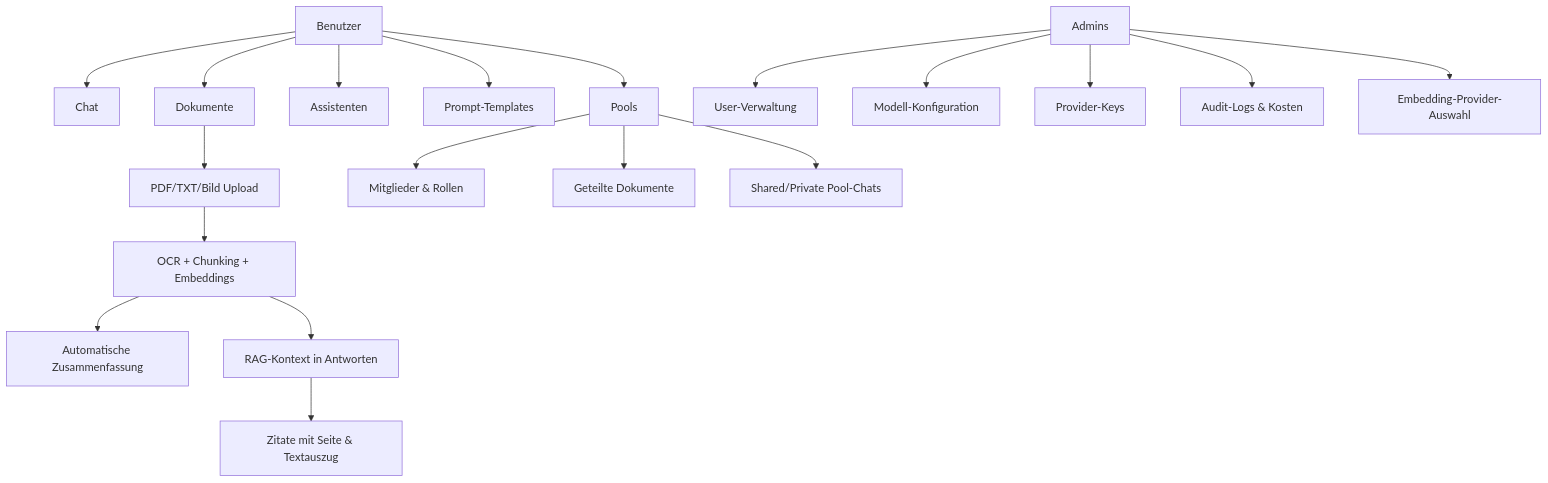
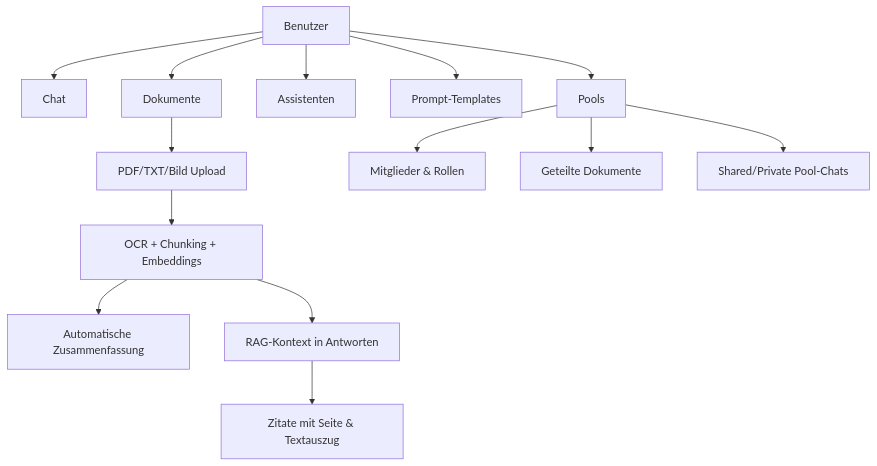
One commit to christian-rost/xqt5-ai-plattform changed the first of 4 diagrams in docs/ANWENDER-DOKUMENT.md. Above: the diagram before and after it, drawn with Mermaid. The commit also changed other lines of this file and 2 other files, not shown here.

First line of the commit message:
Separate user and admin docs; add ADMIN-DOKUMENT.md

````diff
--- a/docs/ANWENDER-DOKUMENT.md
+++ b/docs/ANWENDER-DOKUMENT.md
@@ -19,24 +18,18 @@
 ```mermaid
 graph TD
     A["Benutzer"] --> B["Chat"]
     A --> C["Dokumente"]
     A --> D["Assistenten"]
     A --> E["Prompt-Templates"]
     A --> F["Pools"]
 
     C --> C1["PDF/TXT/Bild Upload"]
     C1 --> C2["OCR + Chunking + Embeddings"]
     C2 --> C3["Automatische Zusammenfassung"]
     C2 --> C4["RAG-Kontext in Antworten"]
     C4 --> C5["Zitate mit Seite & Textauszug"]
 
     F --> F1["Mitglieder & Rollen"]
     F --> F2["Geteilte Dokumente"]
     F --> F3["Shared/Private Pool-Chats"]
-
-    G["Admins"] --> H["User-Verwaltung"]
-    G --> I["Modell-Konfiguration"]
-    G --> J["Provider-Keys"]
-    G --> K["Audit-Logs & Kosten"]
-    G --> L["Embedding-Provider-Auswahl"]
 ```
````
